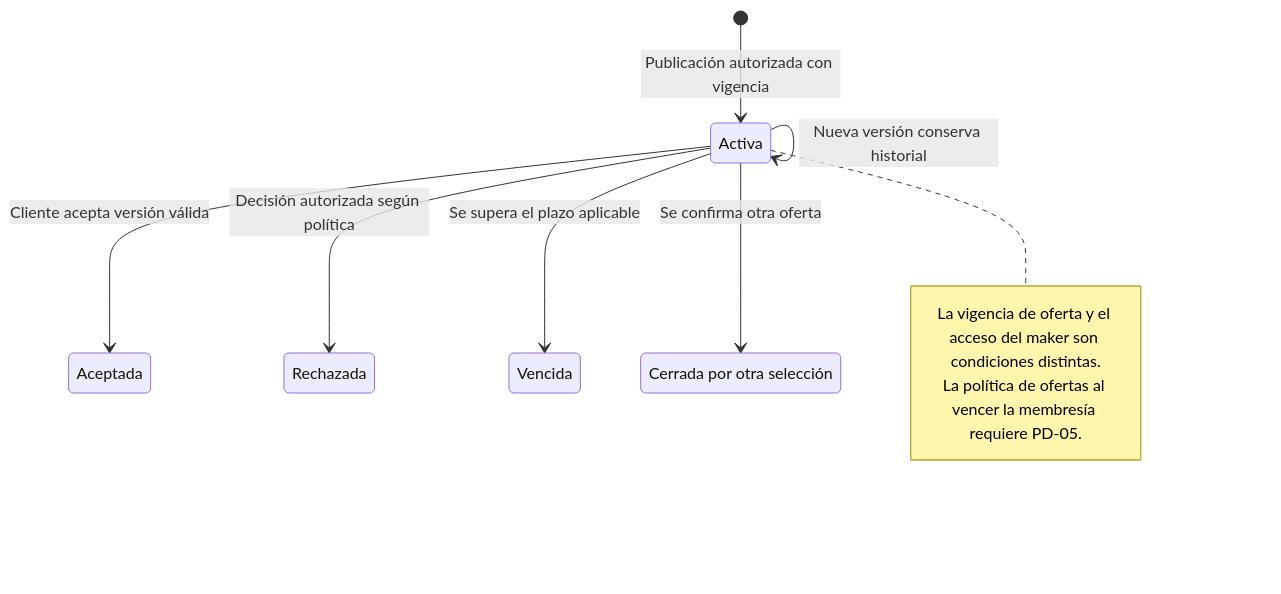
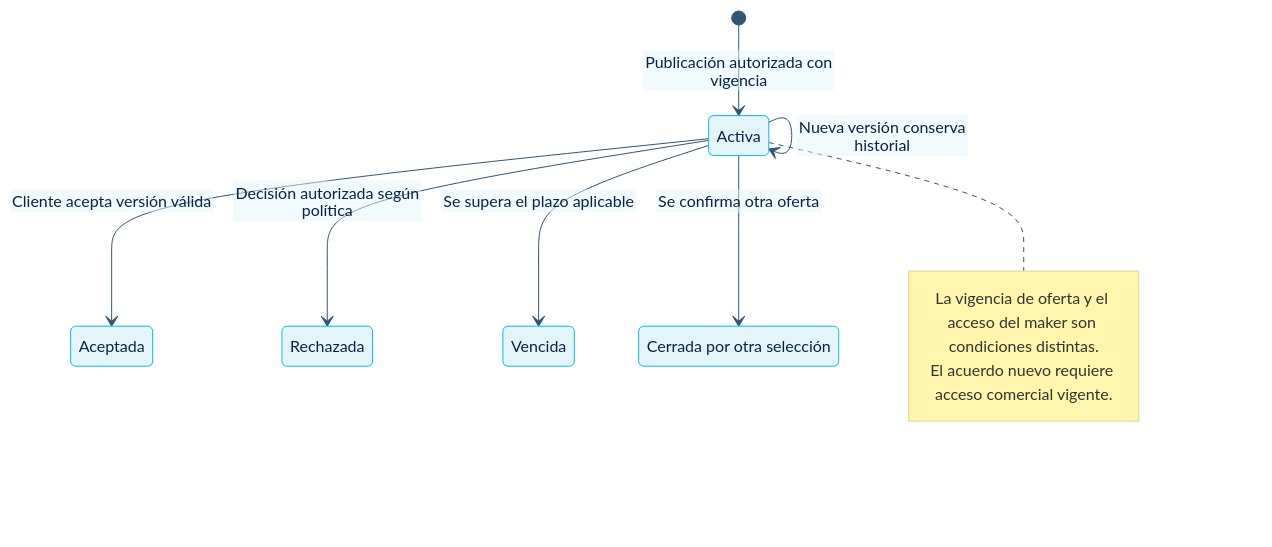
One commit to chill0101/3daltoque-docs changed the third of 12 diagrams in src/content/docs/flujos/estados.md. Above: the diagram before and after it, drawn with Mermaid. The commit also changed other lines of this file and 145 other files, not shown here.

````diff
--- a/src/content/docs/flujos/estados.md
+++ b/src/content/docs/flujos/estados.md
@@ -91,20 +84,20 @@
 ```mermaid
+%%{init: {"theme":"base","themeVariables":{"primaryColor":"#E4F5FA","primaryTextColor":"#082345","primaryBorderColor":"#00BFE5","lineColor":"#315574","secondaryColor":"#F5F8FC","tertiaryColor":"#FFFFFF","fontFamily":"Manrope, sans-serif"},"flowchart":{"htmlLabels":false},"class":{"htmlLabels":false}}}%%
 stateDiagram-v2
   direction TB
   state "Activa" as activa
   state "Aceptada" as aceptada
   state "Rechazada" as rechazada
   state "Vencida" as vencida
   state "Cerrada por otra selección" as cerrada
   [*] --> activa: Publicación autorizada con vigencia
   activa --> activa: Nueva versión conserva historial
   activa --> aceptada: Cliente acepta versión válida
   activa --> rechazada: Decisión autorizada según política
   activa --> vencida: Se supera el plazo aplicable
   activa --> cerrada: Se confirma otra oferta
   note right of activa
     La vigencia de oferta y el acceso del maker son condiciones distintas.
-    La política de ofertas al vencer la membresía requiere PD-05.
+    El acuerdo nuevo requiere acceso comercial vigente.
   end note
-
 ```
````
